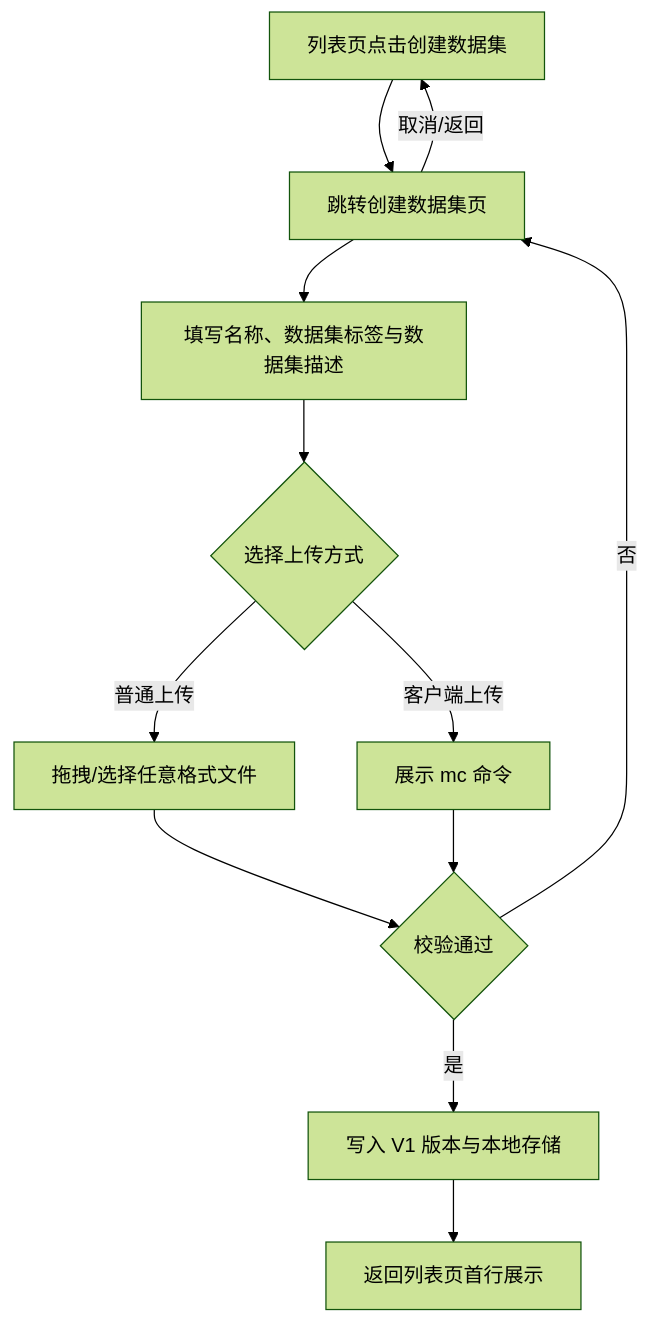
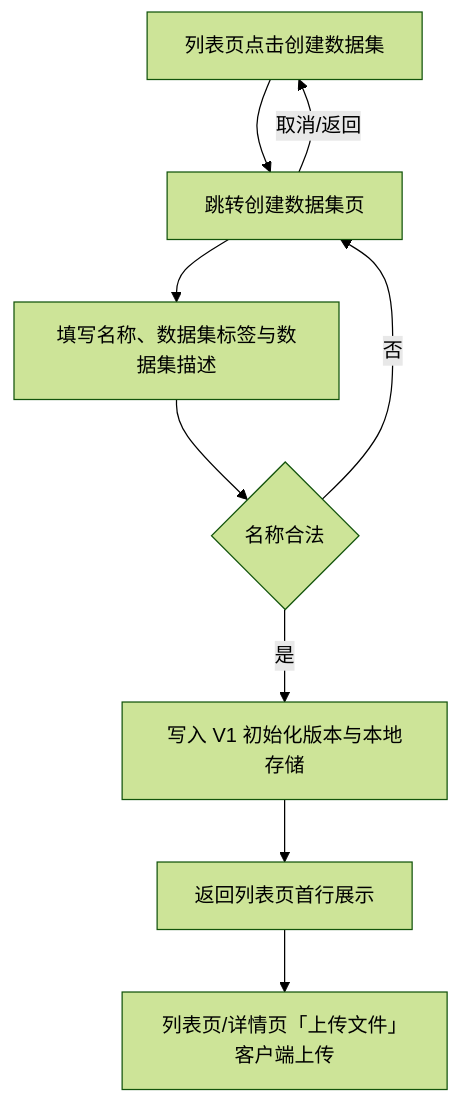
The diagram in src/pages/算力加速平台/数据管理/创建数据集/prd.md (MeehanCole/prototype-platform), drawn with Mermaid (forest theme) before and after one commit. The commit also changed other lines of this file and 10 other files, not shown here.

````diff
--- a/src/pages/算力加速平台/数据管理/创建数据集/prd.md
+++ b/src/pages/算力加速平台/数据管理/创建数据集/prd.md
@@ -138,14 +102,11 @@
 ```mermaid
 flowchart TD
   A[列表页点击创建数据集] --> B[跳转创建数据集页]
   B --> C[填写名称、数据集标签与数据集描述]
-  C --> E{选择上传方式}
-  E -- 普通上传 --> F[拖拽/选择任意格式文件]
-  E -- 客户端上传 --> G[展示 mc 命令]
-  F --> H{校验通过}
-  G --> H
-  H -- 否 --> B
-  H -- 是 --> I[写入 V1 版本与本地存储]
-  I --> J[返回列表页首行展示]
+  C --> D{名称合法}
+  D -- 否 --> B
+  D -- 是 --> E[写入 V1 初始化版本与本地存储]
+  E --> F[返回列表页首行展示]
+  F --> G[列表页/详情页「上传文件」客户端上传]
   B -- 取消/返回 --> A
 ```
````
